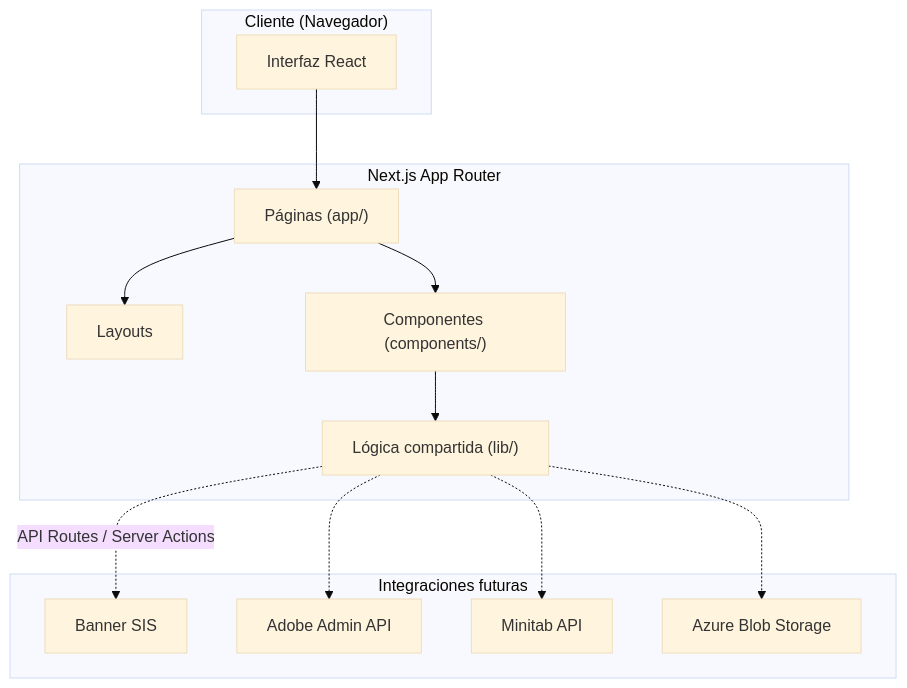
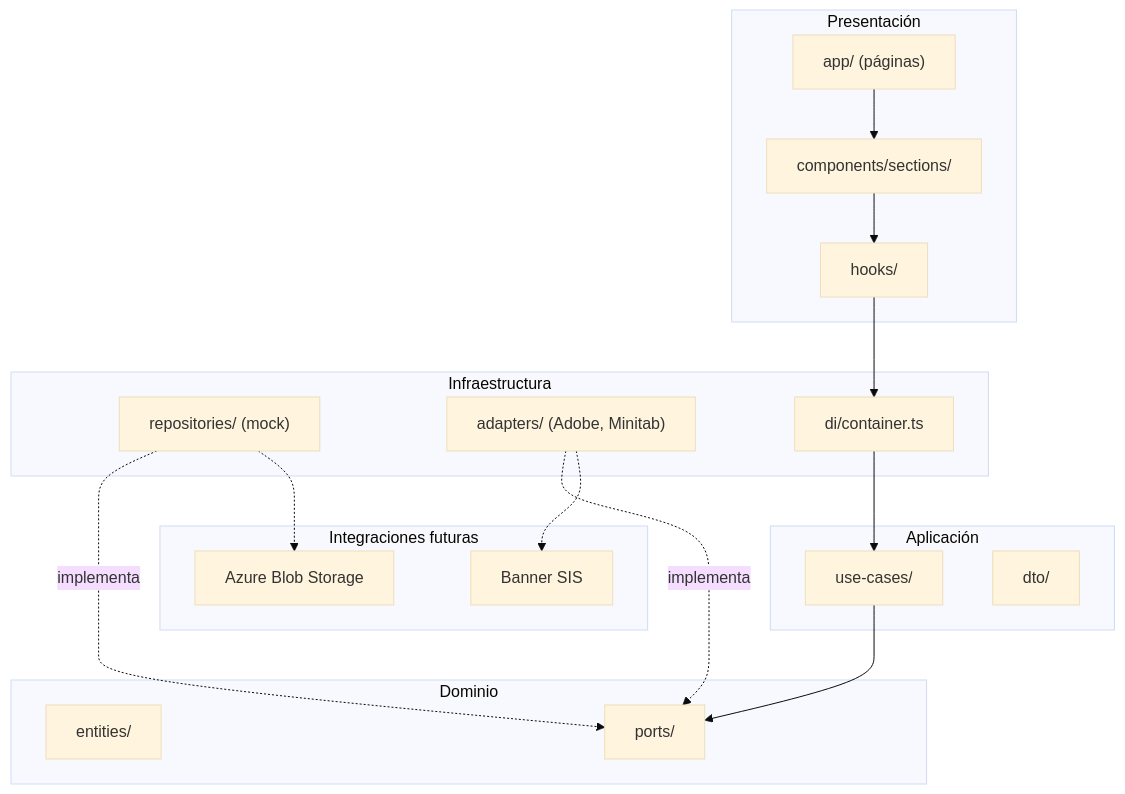
One commit to miguelgr716playful/AutomatizacionLicencias changed the first of 4 diagrams in docs/ARQUITECTURA.md. Above: the diagram before and after it, drawn with Mermaid (base theme). The commit also changed other lines of this file and 35 other files, not shown here.

Commit message:
update architecture

````diff
--- a/docs/ARQUITECTURA.md
+++ b/docs/ARQUITECTURA.md
@@ -27,29 +27,39 @@
 ```mermaid
 flowchart TB
-    subgraph Cliente["Cliente (Navegador)"]
-        UI["Interfaz React"]
+    subgraph Presentacion["Presentación"]
+        Pages["app/ (páginas)"]
+        Sections["components/sections/"]
+        Hooks["hooks/"]
     end
 
-    subgraph NextJS["Next.js App Router"]
-        Pages["Páginas (app/)"]
-        Layout["Layouts"]
-        Components["Componentes (components/)"]
-        Lib["Lógica compartida (lib/)"]
+    subgraph Aplicacion["Aplicación"]
+        UseCases["use-cases/"]
+        DTOs["dto/"]
+    end
+
+    subgraph Dominio["Dominio"]
+        Entities["entities/"]
+        Ports["ports/"]
+    end
+
+    subgraph Infra["Infraestructura"]
+        Repos["repositories/ (mock)"]
+        Adapters["adapters/ (Adobe, Minitab)"]
+        DI["di/container.ts"]
     end
 
     subgraph Futuro["Integraciones futuras"]
         Banner["Banner SIS"]
-        AdobeAPI["Adobe Admin API"]
-        MinitabAPI["Minitab API"]
         Azure["Azure Blob Storage"]
     end
 
-    UI --> Pages
-    Pages --> Layout
-    Pages --> Components
-    Components --> Lib
-    Lib -.->|API Routes / Server Actions| Banner
-    Lib -.-> AdobeAPI
-    Lib -.-> MinitabAPI
-    Lib -.-> Azure
+    Pages --> Sections
+    Sections --> Hooks
+    Hooks --> DI
+    DI --> UseCases
+    UseCases --> Ports
+    Repos -.->|implementa| Ports
+    Adapters -.->|implementa| Ports
+    Repos -.-> Azure
+    Adapters -.-> Banner
 ```
````
